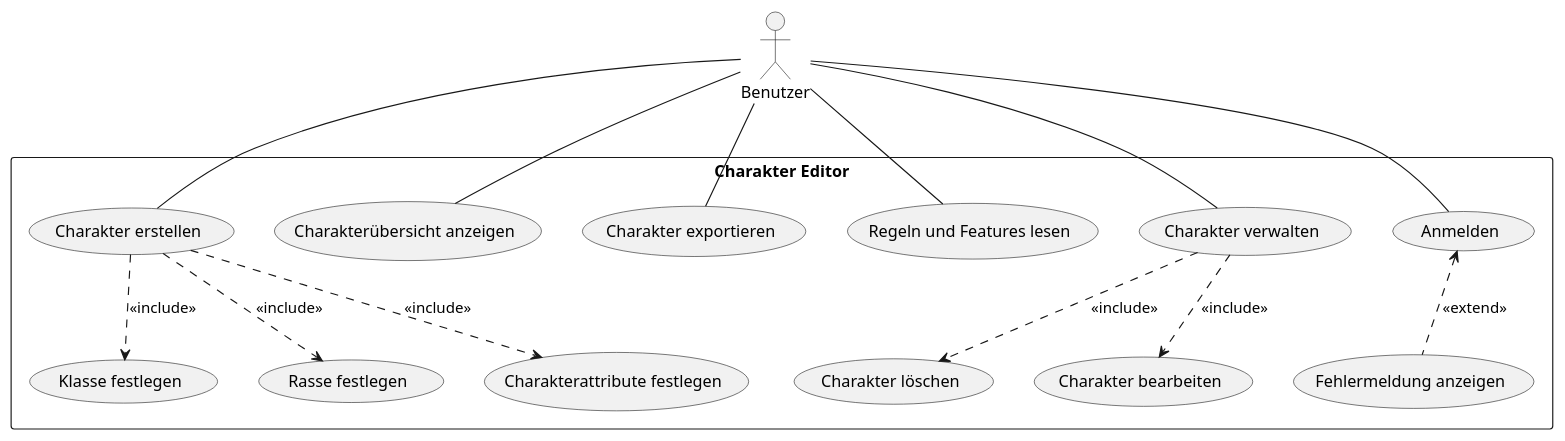
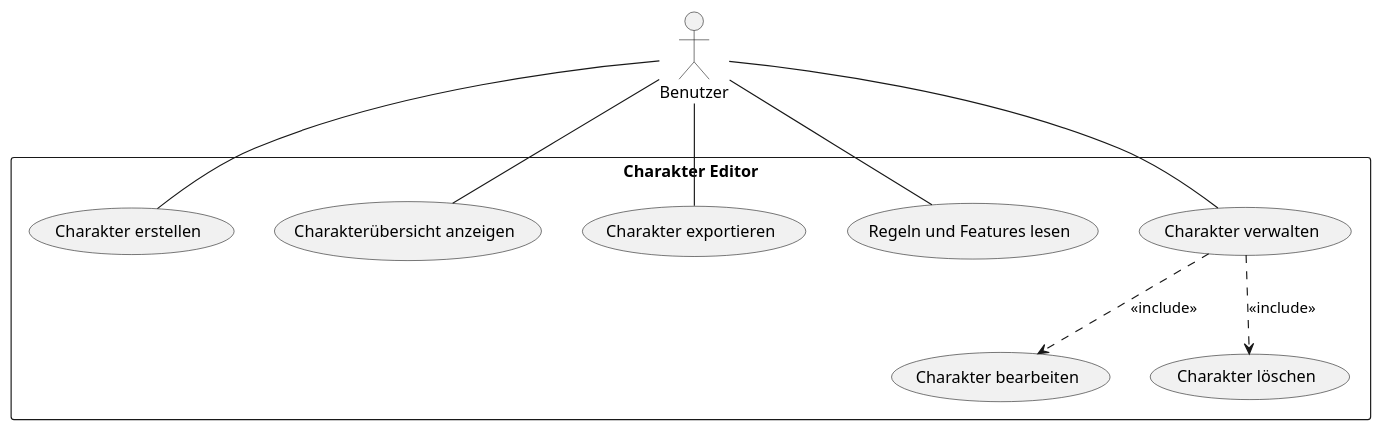
The diagram in asciidocs/docs/sysspec.adoc (2526-3bhif-syp/2526-3bhif-syp-project-dnd-character-creator), drawn with PlantUML before and after one commit. The commit also changed other lines of this file, not shown here.

Commit message:
docs(pflichtenheft): Removed unnecessary cases in the use-case-diagram (1.4.1. Funktionale Anforderungen)

```diff
--- a/asciidocs/docs/sysspec.adoc
+++ b/asciidocs/docs/sysspec.adoc
@@ -54,37 +54,27 @@
 [plantuml,wireframe,png]
 ----
 @startuml
 actor Benutzer
 
 rectangle "Charakter Editor" {
   usecase "Charakter erstellen" as createCharacter
-  usecase "Klasse festlegen" as setClass
-  usecase "Rasse festlegen" as setRace
   usecase "Charakterübersicht anzeigen" as viewCharacters
 
   usecase "Charakter bearbeiten" as editCharacter
   usecase "Charakter löschen" as deleteCharacter
   usecase "Charakter exportieren" as exportCharacter
   usecase "Regeln und Features lesen" as viewRules
   usecase "Charakter verwalten" as manageCharacter
-  usecase "Charakterattribute festlegen" as setAttributes
-  usecase "Anmelden" as login
-  usecase "Fehlermeldung anzeigen" as loginError
 }
 
 Benutzer -- createCharacter
 Benutzer -- viewCharacters
 Benutzer -- exportCharacter
 Benutzer -- viewRules
 Benutzer -- manageCharacter
-Benutzer -- login
 
-createCharacter ..> setClass : <<include>>
-createCharacter ..> setRace : <<include>>
-createCharacter ..> setAttributes : <<include>>
 manageCharacter ..> editCharacter : <<include>>
 manageCharacter ..> deleteCharacter : <<include>>
 
-login <.. loginError : <<extend>>
 @enduml
 ----
```
